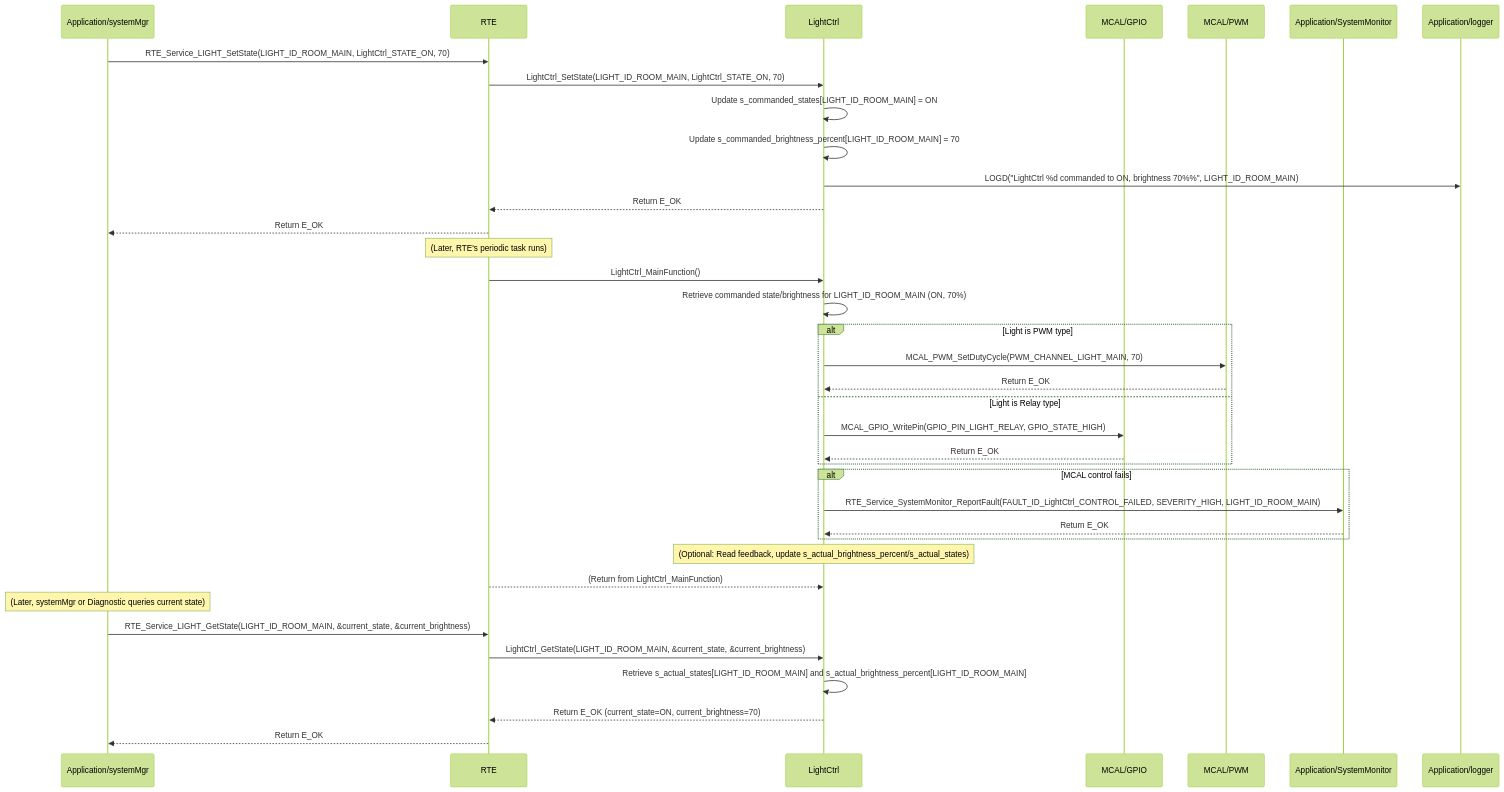
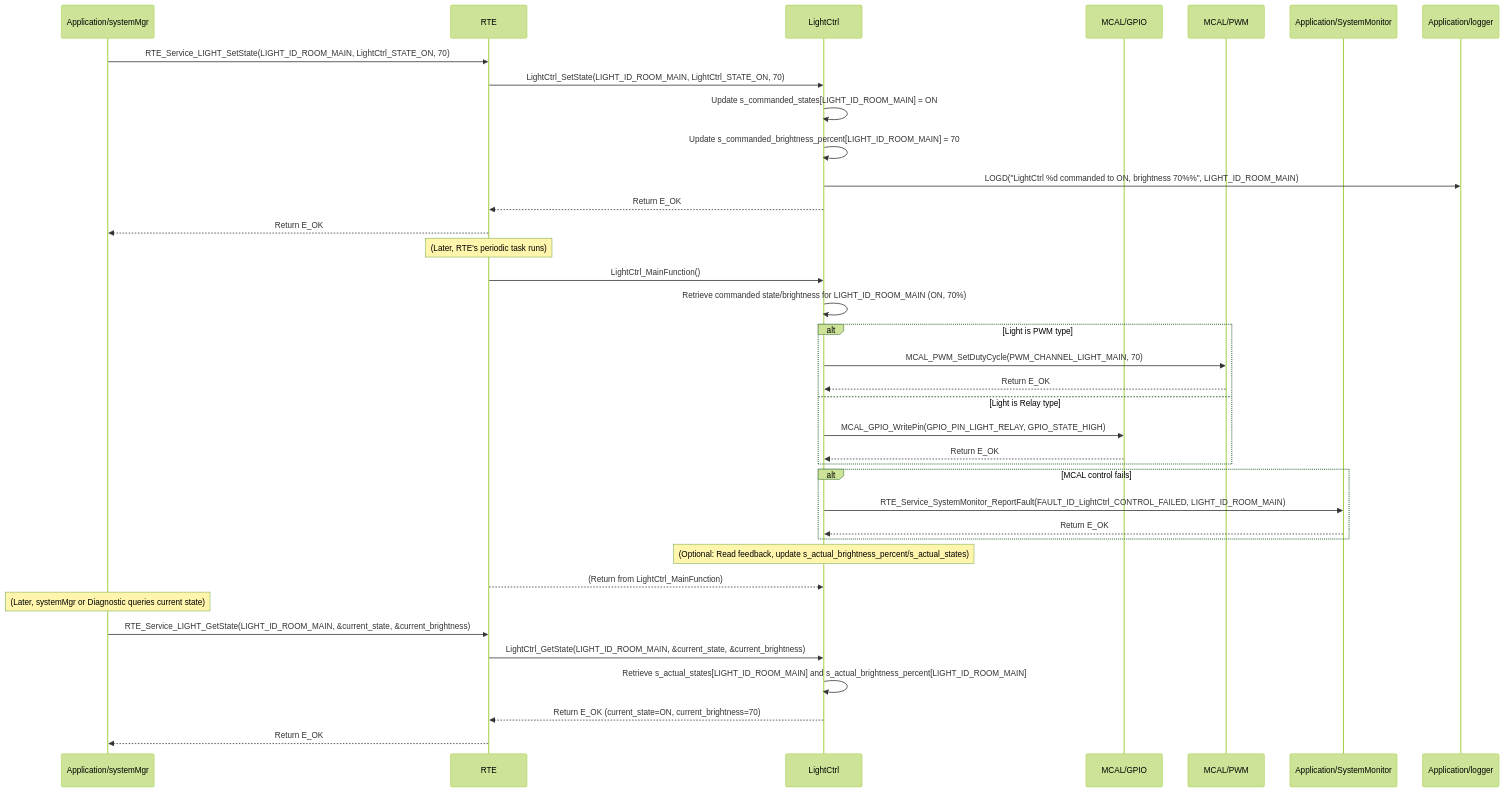
One commit to ashaker-2/Platform changed the diagram in Requiremets/Design/Application/LightControl.md. Above: the diagram before and after it, drawn with Mermaid (forest theme). The commit also changed other lines of this file and 79 other files, not shown here.

````diff
--- a/Requiremets/Design/Application/LightControl.md
+++ b/Requiremets/Design/Application/LightControl.md
@@ -203,42 +208,42 @@
 ```mermaid
 sequenceDiagram  
     participant SystemMgr as Application/systemMgr  
     participant RTE as RTE  
     participant LightCtrl as LightCtrl  
     participant MCAL_GPIO as MCAL/GPIO  
     participant MCAL_PWM as MCAL/PWM  
     participant SystemMonitor as Application/SystemMonitor  
     participant Logger as Application/logger
 
     SystemMgr->>RTE: RTE_Service_LIGHT_SetState(LIGHT_ID_ROOM_MAIN, LightCtrl_STATE_ON, 70)  
     RTE->>LightCtrl: LightCtrl_SetState(LIGHT_ID_ROOM_MAIN, LightCtrl_STATE_ON, 70)  
     LightCtrl->>LightCtrl: Update s_commanded_states[LIGHT_ID_ROOM_MAIN] = ON  
     LightCtrl->>LightCtrl: Update s_commanded_brightness_percent[LIGHT_ID_ROOM_MAIN] = 70  
     LightCtrl->>Logger: LOGD("LightCtrl %d commanded to ON, brightness 70%%", LIGHT_ID_ROOM_MAIN)  
     LightCtrl-->>RTE: Return E_OK  
     RTE-->>SystemMgr: Return E_OK
 
     Note over RTE: (Later, RTE's periodic task runs)  
     RTE->>LightCtrl: LightCtrl_MainFunction()  
     LightCtrl->>LightCtrl: Retrieve commanded state/brightness for LIGHT_ID_ROOM_MAIN (ON, 70%)  
     alt Light is PWM type  
         LightCtrl->>MCAL_PWM: MCAL_PWM_SetDutyCycle(PWM_CHANNEL_LIGHT_MAIN, 70)  
         MCAL_PWM-->>LightCtrl: Return E_OK  
     else Light is Relay type  
         LightCtrl->>MCAL_GPIO: MCAL_GPIO_WritePin(GPIO_PIN_LIGHT_RELAY, GPIO_STATE_HIGH)  
         MCAL_GPIO-->>LightCtrl: Return E_OK  
     end  
     alt MCAL control fails  
-        LightCtrl->>SystemMonitor: RTE_Service_SystemMonitor_ReportFault(FAULT_ID_LightCtrl_CONTROL_FAILED, SEVERITY_HIGH, LIGHT_ID_ROOM_MAIN)  
+        LightCtrl->>SystemMonitor: RTE_Service_SystemMonitor_ReportFault(FAULT_ID_LightCtrl_CONTROL_FAILED,  LIGHT_ID_ROOM_MAIN)  
         SystemMonitor-->>LightCtrl: Return E_OK  
     end  
     Note over LightCtrl: (Optional: Read feedback, update s_actual_brightness_percent/s_actual_states)  
     RTE-->>LightCtrl: (Return from LightCtrl_MainFunction)
 
     Note over SystemMgr: (Later, systemMgr or Diagnostic queries current state)  
     SystemMgr->>RTE: RTE_Service_LIGHT_GetState(LIGHT_ID_ROOM_MAIN, &current_state, &current_brightness)  
     RTE->>LightCtrl: LightCtrl_GetState(LIGHT_ID_ROOM_MAIN, &current_state, &current_brightness)  
     LightCtrl->>LightCtrl: Retrieve s_actual_states[LIGHT_ID_ROOM_MAIN] and s_actual_brightness_percent[LIGHT_ID_ROOM_MAIN]  
     LightCtrl-->>RTE: Return E_OK (current_state=ON, current_brightness=70)  
     RTE-->>SystemMgr: Return E_OK
 ```
````
